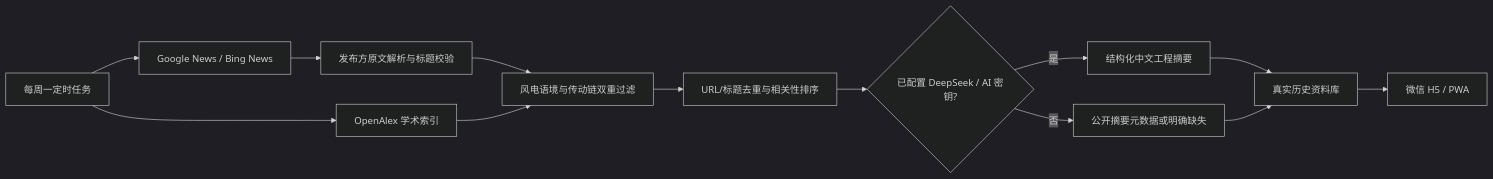
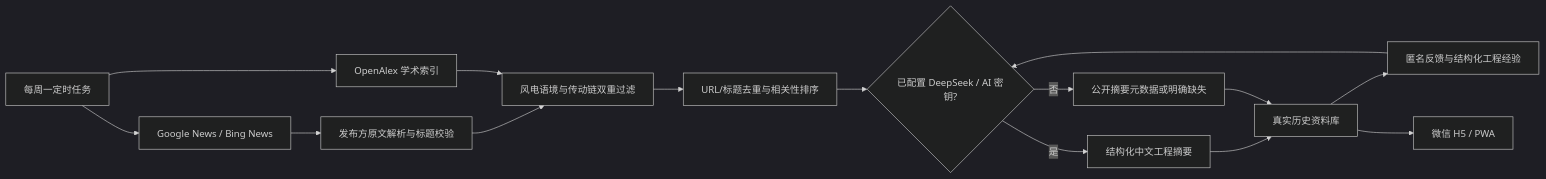
The diagram in README.md (WxF5ve/wind-drivetrain-intelligence), drawn with Mermaid (dark theme) before and after one commit. The commit also changed other lines of this file and 16 other files, not shown here.

````diff
--- a/README.md
+++ b/README.md
@@ -85,15 +90,17 @@
 ```mermaid
 flowchart LR
     A["每周一定时任务"] --> B["Google News / Bing News"]
     A --> C["OpenAlex 学术索引"]
     B --> D["发布方原文解析与标题校验"]
     D --> E["风电语境与传动链双重过滤"]
     C --> E
     E --> F["URL/标题去重与相关性排序"]
     F --> G{"已配置 DeepSeek / AI 密钥?"}
     G -- "是" --> H["结构化中文工程摘要"]
     G -- "否" --> I["公开摘要元数据或明确缺失"]
     H --> J["真实历史资料库"]
     I --> J
+    J --> L["匿名反馈与结构化工程经验"]
+    L --> G
     J --> K["微信 H5 / PWA"]
 ```
````
